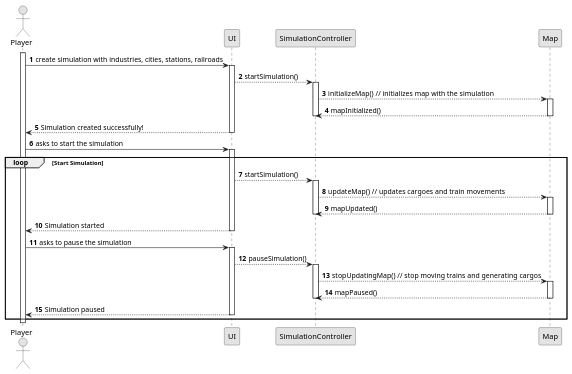
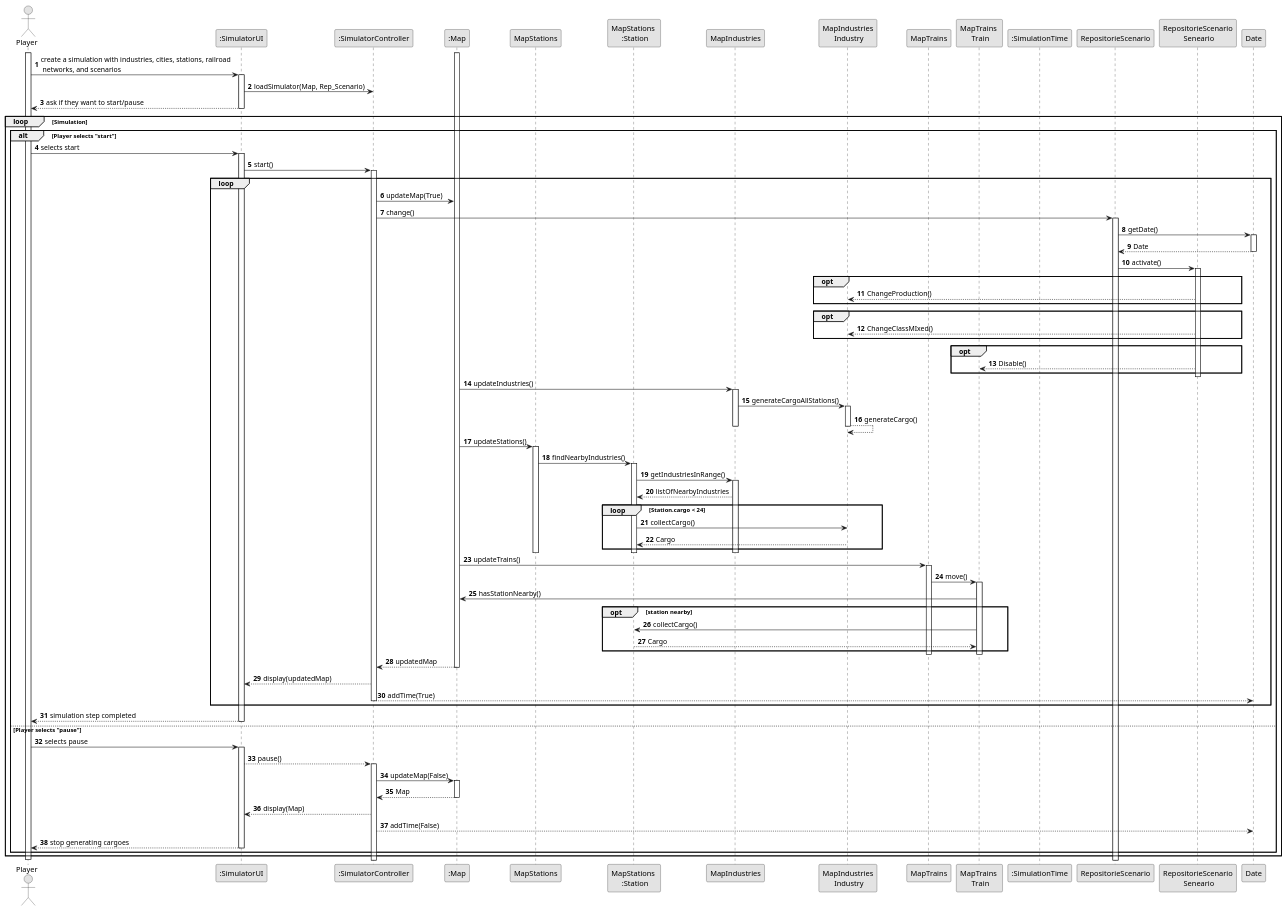
The diagram in docs/system-documentation/US012/03.design/puml/US012-SD-full.puml (1240826/empire-on-tracks), drawn with PlantUML before and after one commit. The commit also changed 2 other files, not shown here.

```diff
--- a/docs/system-documentation/US012/03.design/puml/US012-SD-full.puml
+++ b/docs/system-documentation/US012/03.design/puml/US012-SD-full.puml
@@ -1,54 +1,140 @@
 @startuml
 skinparam monochrome true
 skinparam packageStyle rectangle
 skinparam shadowing false
 
 autonumber
 
 actor "Player" as Owner
-participant "UI" as UI
-participant "SimulationController" as Controller
-participant "Map" as Map
+participant ":SimulatorUI" as UI
+participant ":SimulatorController" as Controller
+participant ":Map" as Map
+
+participant "MapStations" as Rep_Stations
+participant "MapStations \n :Station" as Stations
+
+participant "MapIndustries" as Rep_Industries
+participant "MapIndustries\n Industry" as Industries
+
+participant "MapTrains" as Rep_Trains
+participant "MapTrains \n Train" as Trains
+
+participant ":SimulationTime" as Time
+participant "RepositorieScenario" as Rep_Scenario
+participant "RepositorieScenario\n Seneario" as Scenario
+
 
 activate Owner
 
-Owner -> UI : create simulation with industries, cities, stations, railroads
+Owner -> UI : create a simulation with industries, cities, stations, railroad \n networks, and scenarios
 activate UI
-UI --> Controller : startSimulation()
-activate Controller
-Controller --> Map : initializeMap()  // initializes map with the simulation
-activate Map
-Map --> Controller : mapInitialized()
-deactivate Map
-deactivate Controller
-UI --> Owner : Simulation created successfully!
+UI -> Controller : loadSimulator(Map, Rep_Scenario)
+
+UI --> Owner : ask if they want to start/pause
 deactivate UI
-Owner -> UI : asks to start the simulation
-loop Start Simulation
 
-    activate UI
-    UI --> Controller : startSimulation()
-    activate Controller
-    Controller --> Map : updateMap()  // updates cargoes and train movements
-    activate Map
-    Map --> Controller : mapUpdated()
-    deactivate Map
-    deactivate Controller
-    UI --> Owner : Simulation started
-    deactivate UI
+loop Simulation
+    alt Player selects "start"
+        Owner -> UI : selects start
+        activate UI
+        UI -> Controller : start()
+        loop
+            activate Controller
+            Controller -> Map : updateMap(True)
+            Controller->Rep_Scenario: change()
+            activate Rep_Scenario
+            Rep_Scenario->Date:getDate()
+            activate Date
+            Date-->Rep_Scenario:Date
+            deactivate Date
+            Rep_Scenario->Scenario:activate()
+            activate Scenario
+            opt
+            Scenario-->Industries:ChangeProduction()
+            end
+            opt
+            Scenario-->Industries:ChangeClassMIxed()
+            end
+            opt
+            Scenario-->Trains:Disable()
+            end
+          deactivate Scenario
 
-    Owner -> UI : asks to pause the simulation
-    activate UI
-    UI --> Controller : pauseSimulation()
-    activate Controller
-    Controller --> Map : stopUpdatingMap()  // stop moving trains and generating cargos
-    activate Map
-    Map --> Controller : mapPaused()
-    deactivate Map
-    deactivate Controller
-    UI --> Owner : Simulation paused
-    deactivate UI
+
+
+
+            activate Map
+
+            ' Atualização das indústrias (geração de carga)
+            Map -> Rep_Industries : updateIndustries()
+            activate Rep_Industries
+            Rep_Industries -> Industries : generateCargoAllStations()
+            activate Industries
+            Industries --> Industries : generateCargo()
+            deactivate Industries
+            deactivate Rep_Industries
+
+            ' Atualização das estações (coleta até 24 cargas)
+            Map -> Rep_Stations : updateStations()
+            activate Rep_Stations
+            Rep_Stations -> Stations : findNearbyIndustries()
+            activate Stations
+            Stations -> Rep_Industries : getIndustriesInRange()
+            activate Rep_Industries
+            Rep_Industries --> Stations : listOfNearbyIndustries
+
+             loop Station.cargo < 24
+                Stations -> Industries : collectCargo()
+                Industries --> Stations : Cargo
+            end
+
+            deactivate Rep_Industries
+            deactivate Stations
+            deactivate Rep_Stations
+
+            ' Atualização dos trens (cada um com limite próprio)
+            Map -> Rep_Trains : updateTrains()
+            activate Rep_Trains
+            Rep_Trains -> Trains : move()
+            activate Trains
+            Trains -> Map : hasStationNearby()
+              opt station nearby
+                    Trains -> Stations : collectCargo()
+                    Stations --> Trains : Cargo
+                end
+
+
+            deactivate Trains
+            deactivate Rep_Trains
+
+            Map --> Controller : updatedMap
+            deactivate Map
+
+            Controller --> UI : display(updatedMap)
+            Controller-->Date:addTime(True)
+
+            deactivate Controller
+        end
+
+        UI --> Owner : simulation step completed
+        deactivate UI
+
+    else Player selects "pause"
+        Owner -> UI : selects pause
+        activate UI
+        UI --> Controller : pause()
+            activate Controller
+                    Controller -> Map : updateMap(False)
+                    activate Map
+                    Map-->Controller: Map
+                    deactivate Map
+                    Controller-->UI:display(Map)
+                    Controller-->Date:addTime(False)
+
+        UI --> Owner : stop generating cargoes
+        deactivate UI
+    end
 end
 
 deactivate Owner
 @enduml
```
